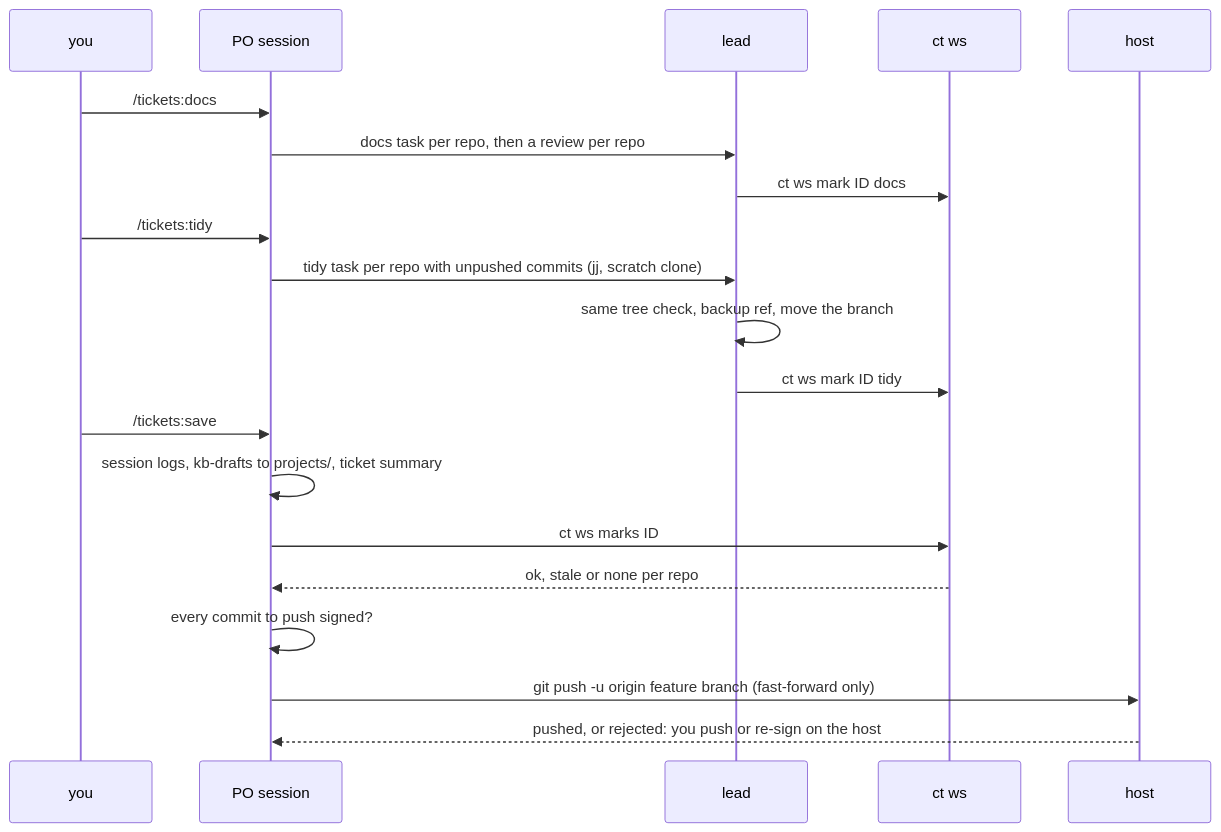
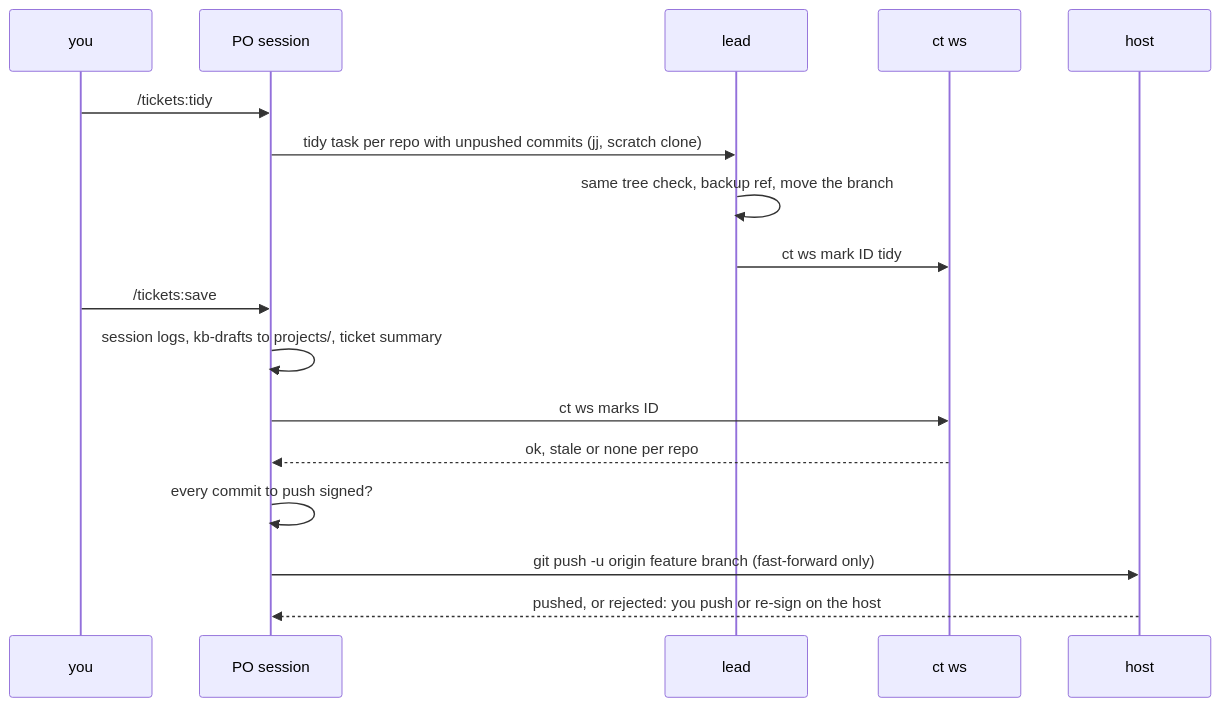
One commit to zero4573/claude-tickets changed the diagram in docs/finishing-a-ticket.md. Above: the diagram before and after it, drawn with Mermaid. The commit also changed other lines of this file and 33 other files, not shown here.

````diff
--- a/docs/finishing-a-ticket.md
+++ b/docs/finishing-a-ticket.md
@@ -8,22 +8,19 @@
 ```mermaid
 sequenceDiagram
   participant U as you
   participant P as PO session
   participant L as lead
   participant W as ct ws
   participant H as host
-  U->>P: /tickets:docs
-  P->>L: docs task per repo, then a review per repo
-  L->>W: ct ws mark ID docs
   U->>P: /tickets:tidy
   P->>L: tidy task per repo with unpushed commits (jj, scratch clone)
   L->>L: same tree check, backup ref, move the branch
   L->>W: ct ws mark ID tidy
   U->>P: /tickets:save
   P->>P: session logs, kb-drafts to projects/, ticket summary
   P->>W: ct ws marks ID
   W-->>P: ok, stale or none per repo
   P->>P: every commit to push signed?
   P->>H: git push -u origin feature branch (fast-forward only)
   H-->>P: pushed, or rejected: you push or re-sign on the host
 ```
````
